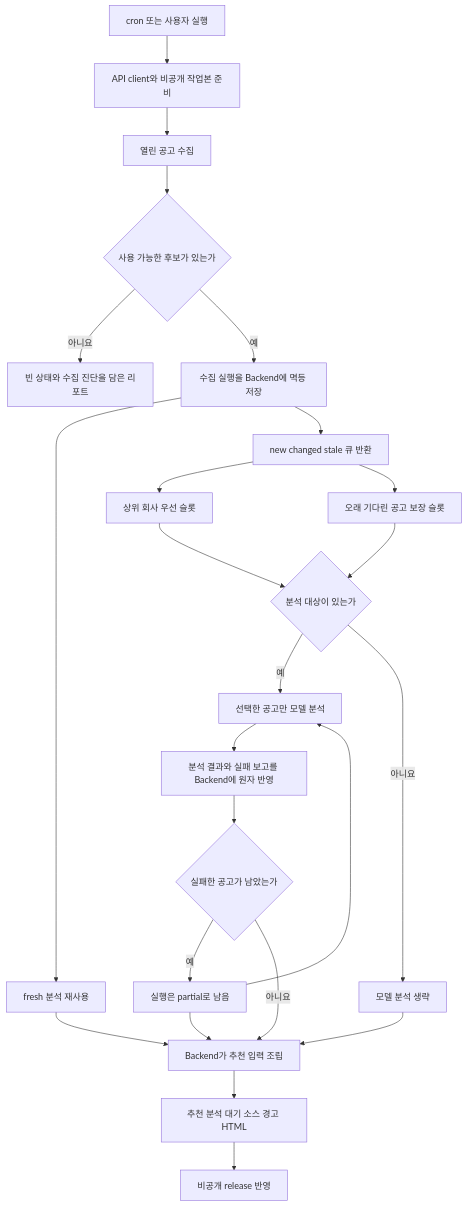
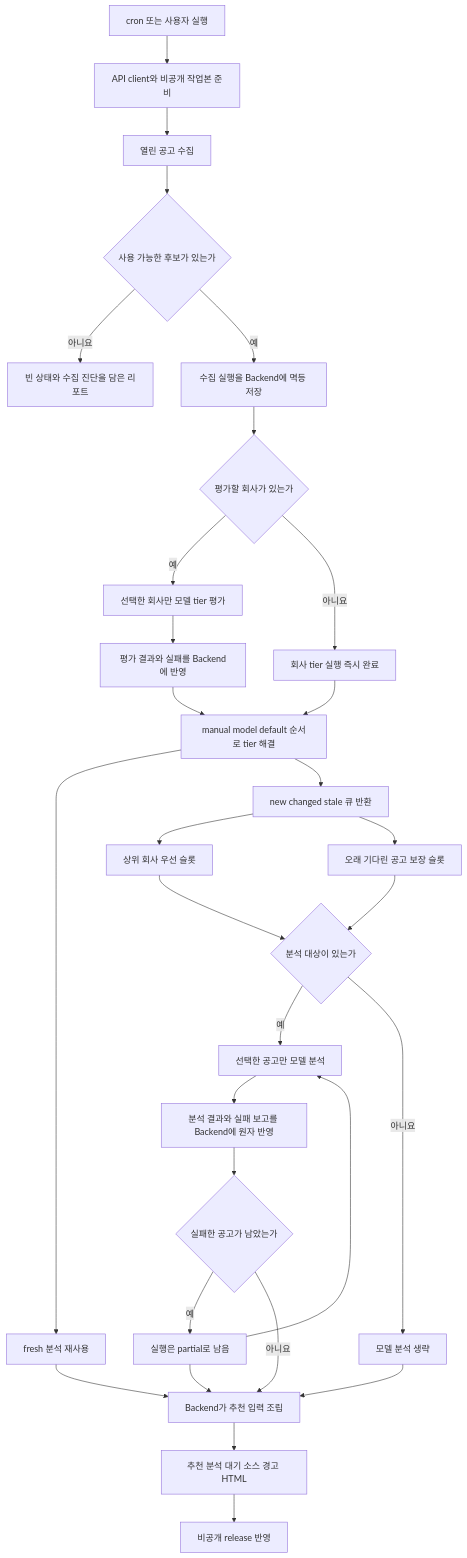
The first of 3 diagrams in career-os/docs/flow.md (jon890/fos-agents), drawn with Mermaid before and after one commit. The commit also changed other lines of this file and 17 other files, not shown here.

````diff
--- a/career-os/docs/flow.md
+++ b/career-os/docs/flow.md
@@ -85,26 +85,32 @@
 ```mermaid
 flowchart TD
     A[cron 또는 사용자 실행] --> B[API client와 비공개 작업본 준비]
     B --> C[열린 공고 수집]
     C --> D{사용 가능한 후보가 있는가}
     D -- 아니요 --> E[빈 상태와 수집 진단을 담은 리포트]
     D -- 예 --> F[수집 실행을 Backend에 멱등 저장]
-    F --> G[fresh 분석 재사용]
-    F --> H[new changed stale 큐 반환]
+    F --> T{평가할 회사가 있는가}
+    T -- 예 --> U[선택한 회사만 모델 tier 평가]
+    U --> V[평가 결과와 실패를 Backend에 반영]
+    T -- 아니요 --> W[회사 tier 실행 즉시 완료]
+    V --> X[manual model default 순서로 tier 해결]
+    W --> X
+    X --> G[fresh 분석 재사용]
+    X --> H[new changed stale 큐 반환]
     H --> I[상위 회사 우선 슬롯]
     H --> J[오래 기다린 공고 보장 슬롯]
     I --> K{분석 대상이 있는가}
     J --> K
     K -- 예 --> L[선택한 공고만 모델 분석]
     K -- 아니요 --> M[모델 분석 생략]
     L --> N[분석 결과와 실패 보고를 Backend에 원자 반영]
     N --> R{실패한 공고가 남았는가}
     R -- 예 --> S[실행은 partial로 남음]
     S --> L
     S --> O
     R -- 아니요 --> O
     G --> O[Backend가 추천 입력 조립]
     M --> O
     O --> P[추천 분석 대기 소스 경고 HTML]
     P --> Q[비공개 release 반영]
 ```
````
